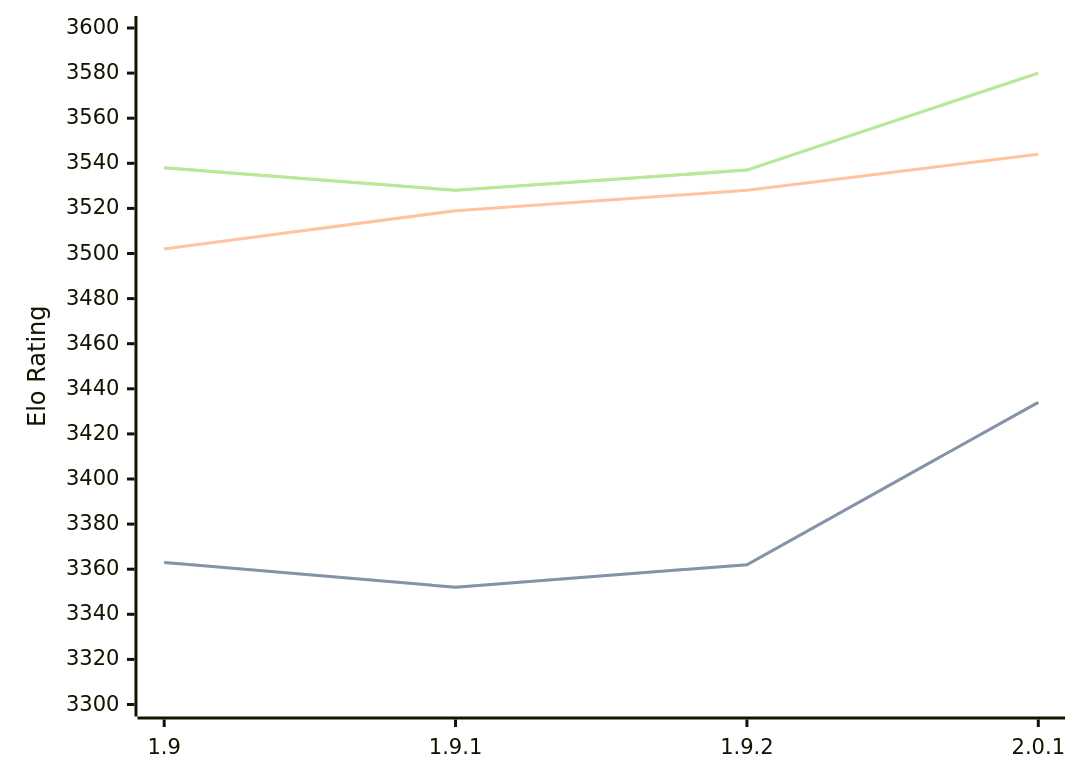
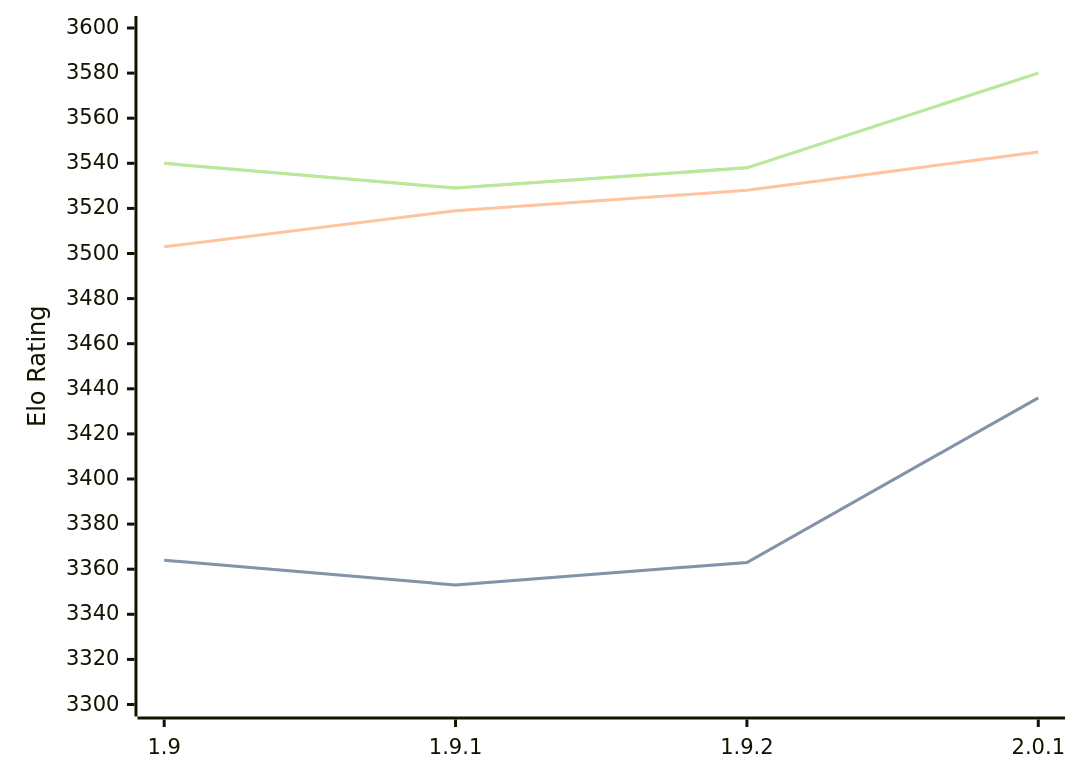
The diagram in engines/Pawnocchio.md (computer-chess-index/cci), drawn with Mermaid before and after one commit. The commit also changed other lines of this file, not shown here.

Commit message:
Update CCI Ratings (ELO VLTC) - 2026-07-24

````diff
--- a/engines/Pawnocchio.md
+++ b/engines/Pawnocchio.md
@@ -50,11 +50,11 @@
 ```mermaid
 %%{init: {"theme":"base","themeVariables":{"seriesColors:['#a3a3a3','#222221','#faa371']}}}%%
 xychart-beta
   x-axis ["1.9", "1.9.1", "1.9.2", "2.0.1"]
   y-axis "Elo Rating" 3300 --> 3600
-  line "STC (8.0+0.08s)" [3363, 3352, 3362, 3434]
-  line "STC (8.0+0.08s)" [3363, 3352, 3362, 3434]
-  line "LTC (60.0+0.60s)" [3502, 3519, 3528, 3544]
-  line "VLTC (2m24s+1.12s)" [3538, 3528, 3537, 3580]
-  line "VLTC (2m24s+1.12s)" [3538, 3528, 3537, 3580]
+  line "STC (8.0+0.08s)" [3364, 3353, 3363, 3436]
+  line "STC (8.0+0.08s)" [3364, 3353, 3363, 3436]
+  line "LTC (60.0+0.60s)" [3503, 3519, 3528, 3545]
+  line "VLTC (2m24s+1.12s)" [3540, 3529, 3538, 3580]
+  line "VLTC (2m24s+1.12s)" [3540, 3529, 3538, 3580]
 ```
````
